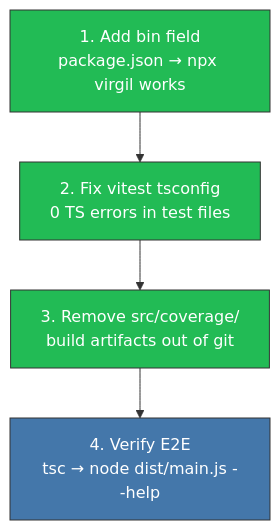
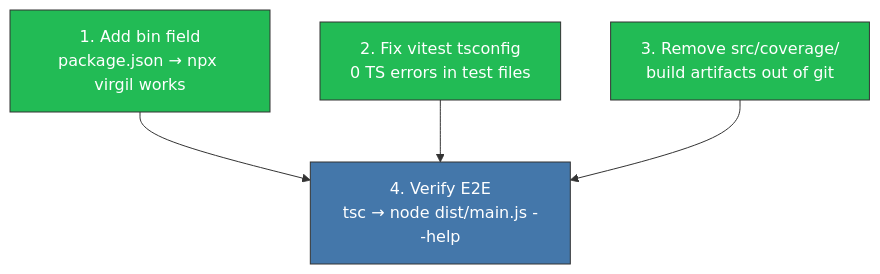
One commit to virgenherrera/virgil changed the fourth of 6 diagrams in COURSE-CORRECTION.md. Above: the diagram before and after it, drawn with Mermaid. The commit also changed other lines of this file and 3 other files, not shown here.

````diff
--- a/COURSE-CORRECTION.md
+++ b/COURSE-CORRECTION.md
@@ -158,11 +159,11 @@
 ```mermaid
 flowchart TD
-    BIN["1. Add bin field<br/>package.json → npx virgil works"] --> TSC["2. Fix vitest tsconfig<br/>0 TS errors in test files"]
-    TSC --> COV["3. Remove src/coverage/<br/>build artifacts out of git"]
-    COV --> VERIFY["4. Verify E2E<br/>tsc → node dist/main.js --help"]
+    BIN["1. Add bin field<br/>package.json → npx virgil works"] --> VERIFY["4. Verify E2E<br/>tsc → node dist/main.js --help"]
+    TSC["2. Fix vitest tsconfig<br/>0 TS errors in test files"] --> VERIFY
+    COV["3. Remove src/coverage/<br/>build artifacts out of git"] --> VERIFY
 
     style BIN fill:#2b5,stroke:#333,color:#fff
     style TSC fill:#2b5,stroke:#333,color:#fff
     style COV fill:#2b5,stroke:#333,color:#fff
     style VERIFY fill:#47a,stroke:#333,color:#fff
 ```
````
